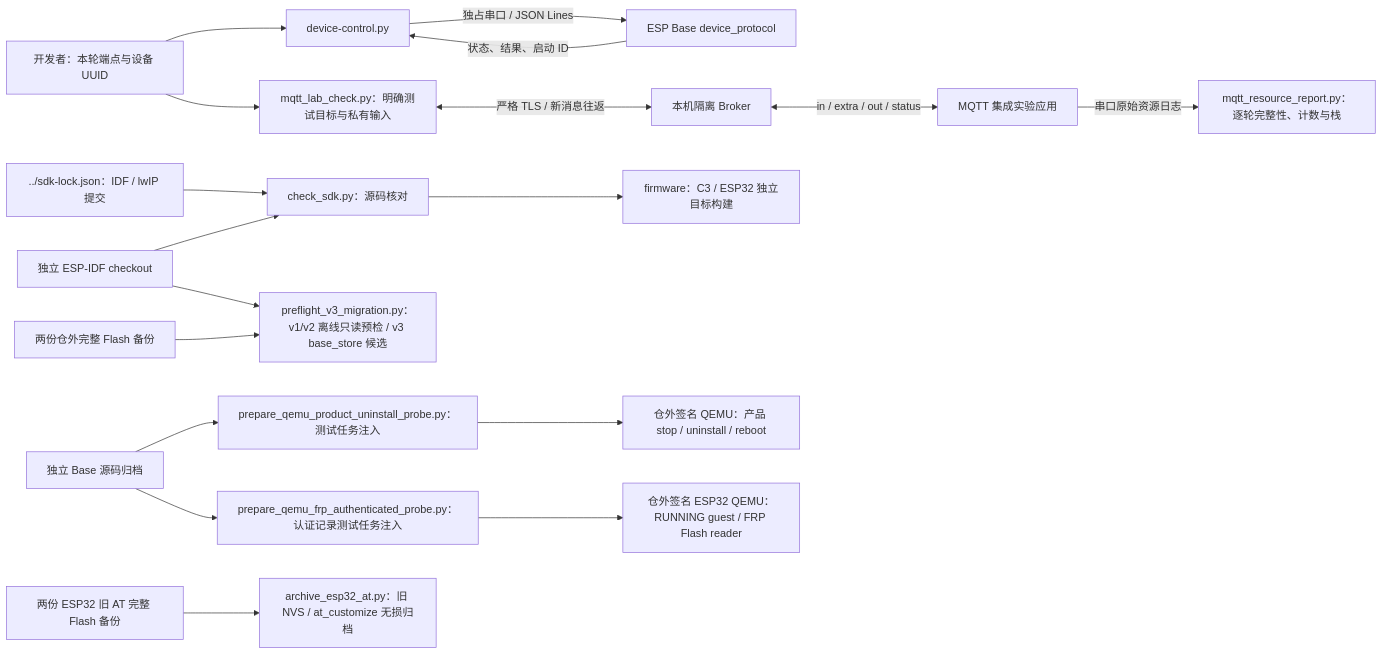
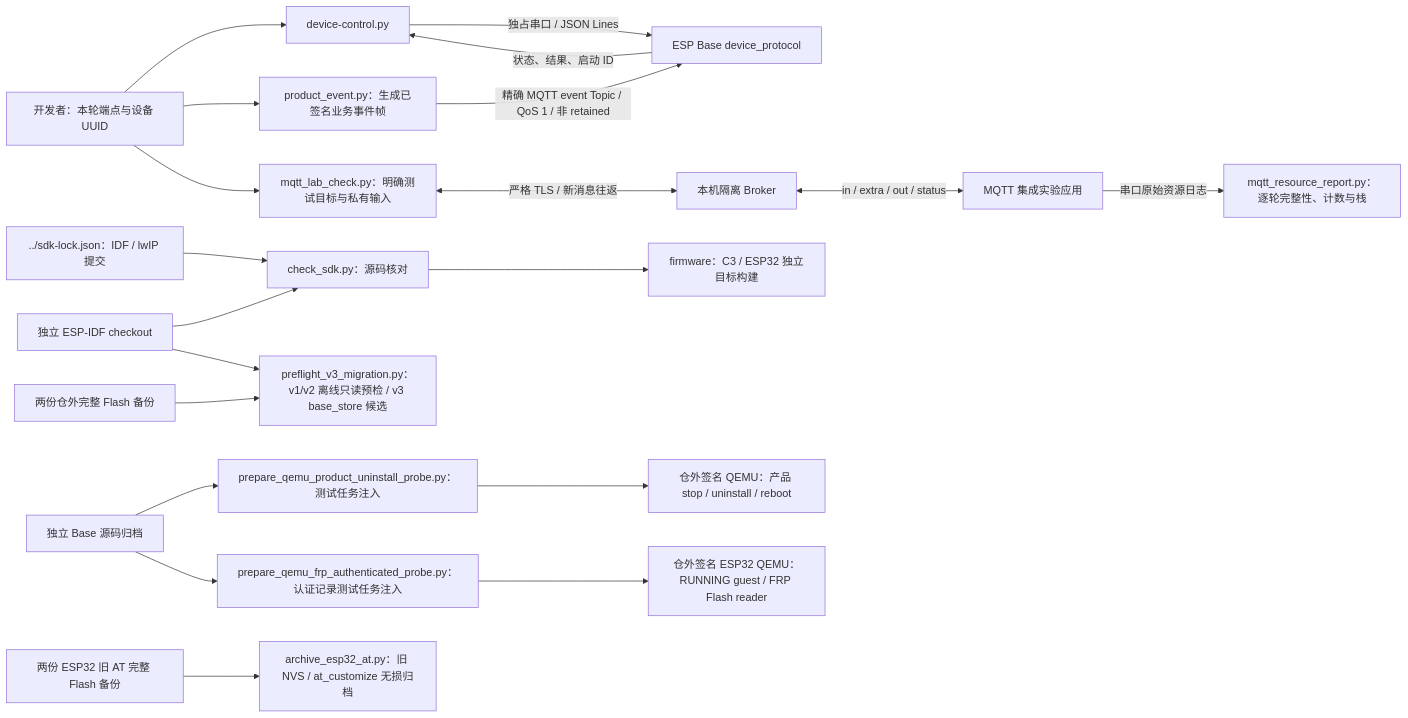
Before and after one commit to darren-you/esp-base: the diagram in tools/README.md, drawn with Mermaid. The commit also changed other lines of this file and 21 other files, not shown here.

````diff
--- a/tools/README.md
+++ b/tools/README.md
@@ -7,20 +7,22 @@
 ```mermaid
 flowchart LR
     user["开发者：本轮端点与设备 UUID"] --> cli["device-control.py"]
     cli -->|"独占串口 / JSON Lines"| firmware["ESP Base device_protocol"]
     firmware -->|"状态、结果、启动 ID"| cli
+    user --> event_frame["product_event.py：生成已签名业务事件帧"]
+    event_frame -->|"精确 MQTT event Topic / QoS 1 / 非 retained"| firmware
     user --> checker["mqtt_lab_check.py：明确测试目标与私有输入"]
     checker <-->|"严格 TLS / 新消息往返"| broker["本机隔离 Broker"]
     broker <-->|"in / extra / out / status"| lab["MQTT 集成实验应用"]
     lab -->|"串口原始资源日志"| report["mqtt_resource_report.py：逐轮完整性、计数与栈"]
     sdk_lock["../sdk-lock.json：IDF / lwIP 提交"] --> sdk_check["check_sdk.py：源码核对"]
     idf["独立 ESP-IDF checkout"] --> sdk_check
     sdk_check --> build["firmware：C3 / ESP32 独立目标构建"]
     backup["两份仓外完整 Flash 备份"] --> preflight["preflight_v3_migration.py：v1/v2 离线只读预检 / v3 base_store 候选"]
     idf --> preflight
     archive["独立 Base 源码归档"] --> uninstall_probe["prepare_qemu_product_uninstall_probe.py：测试任务注入"]
     uninstall_probe --> qemu["仓外签名 QEMU：产品 stop / uninstall / reboot"]
     archive --> frp_probe["prepare_qemu_frp_authenticated_probe.py：认证记录测试任务注入"]
     frp_probe --> frp_qemu["仓外签名 ESP32 QEMU：RUNNING guest / FRP Flash reader"]
     at_backup["两份 ESP32 旧 AT 完整 Flash 备份"] --> at_archive["archive_esp32_at.py：旧 NVS / at_customize 无损归档"]
 ```
````
